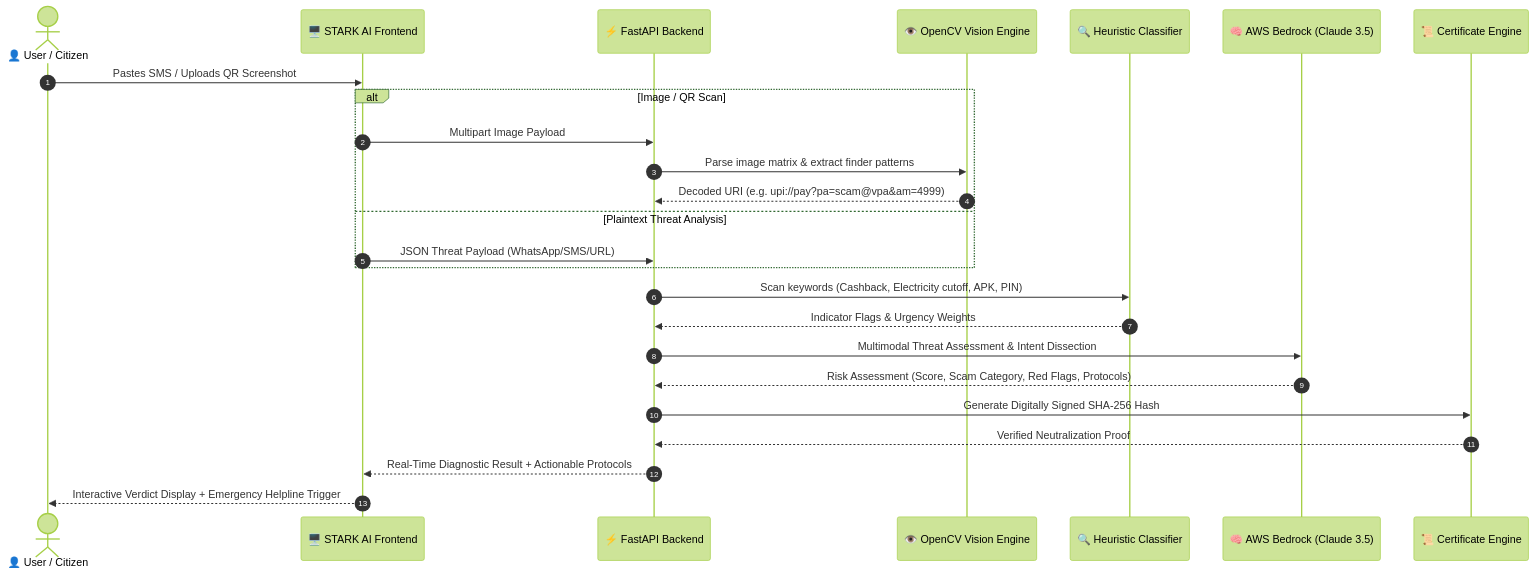
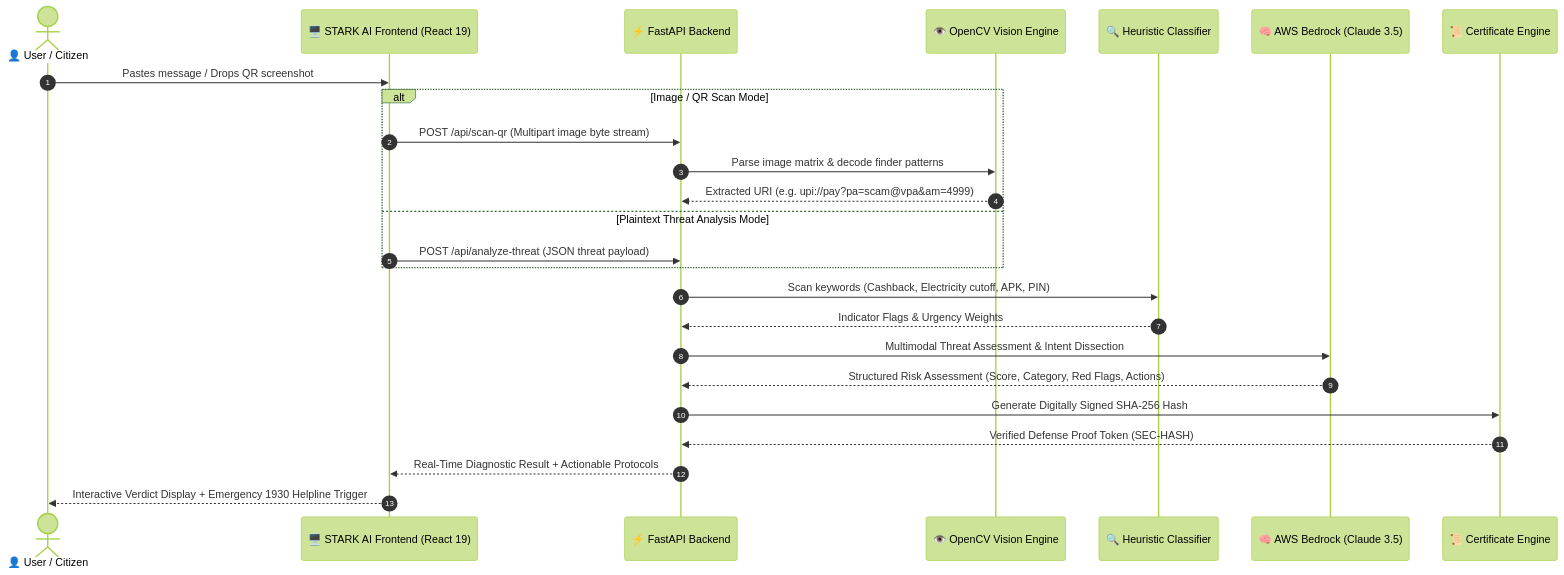
Before and after one commit to exepngsam/Stark-Ai: the second of 2 diagrams in README.md, drawn with Mermaid (forest theme). The commit also changed other lines of this file and 2 other files, not shown here.

Commit message:
docs: rewrite README with animated demo workflow, detailed data architecture, and SVG diagrams

````diff
--- a/README.md
+++ b/README.md
@@ -108,32 +190,32 @@
 ```mermaid
 sequenceDiagram
     autonumber
     actor Citizen as 👤 User / Citizen
-    participant Client as 🖥️ STARK AI Frontend
+    participant Client as 🖥️ STARK AI Frontend (React 19)
     participant API as ⚡ FastAPI Backend
     participant CV as 👁️ OpenCV Vision Engine
     participant Heuristics as 🔍 Heuristic Classifier
     participant Bedrock as 🧠 AWS Bedrock (Claude 3.5)
     participant CERT as 📜 Certificate Engine
 
-    Citizen->>Client: Pastes SMS / Uploads QR Screenshot
-    alt Image / QR Scan
-        Client->>API: Multipart Image Payload
-        API->>CV: Parse image matrix & extract finder patterns
-        CV-->>API: Decoded URI (e.g. upi://pay?pa=scam@vpa&am=4999)
-    else Plaintext Threat Analysis
-        Client->>API: JSON Threat Payload (WhatsApp/SMS/URL)
+    Citizen->>Client: Pastes message / Drops QR screenshot
+    alt Image / QR Scan Mode
+        Client->>API: POST /api/scan-qr (Multipart image byte stream)
+        API->>CV: Parse image matrix & decode finder patterns
+        CV-->>API: Extracted URI (e.g. upi://pay?pa=scam@vpa&am=4999)
+    else Plaintext Threat Analysis Mode
+        Client->>API: POST /api/analyze-threat (JSON threat payload)
     end
 
     API->>Heuristics: Scan keywords (Cashback, Electricity cutoff, APK, PIN)
     Heuristics-->>API: Indicator Flags & Urgency Weights
     
     API->>Bedrock: Multimodal Threat Assessment & Intent Dissection
-    Bedrock-->>API: Risk Assessment (Score, Scam Category, Red Flags, Protocols)
+    Bedrock-->>API: Structured Risk Assessment (Score, Category, Red Flags, Actions)
     
     API->>CERT: Generate Digitally Signed SHA-256 Hash
-    CERT-->>API: Verified Neutralization Proof
+    CERT-->>API: Verified Defense Proof Token (SEC-HASH)
     
     API-->>Client: Real-Time Diagnostic Result + Actionable Protocols
-    Client-->>Citizen: Interactive Verdict Display + Emergency Helpline Trigger
+    Client-->>Citizen: Interactive Verdict Display + Emergency 1930 Helpline Trigger
 ```
````
